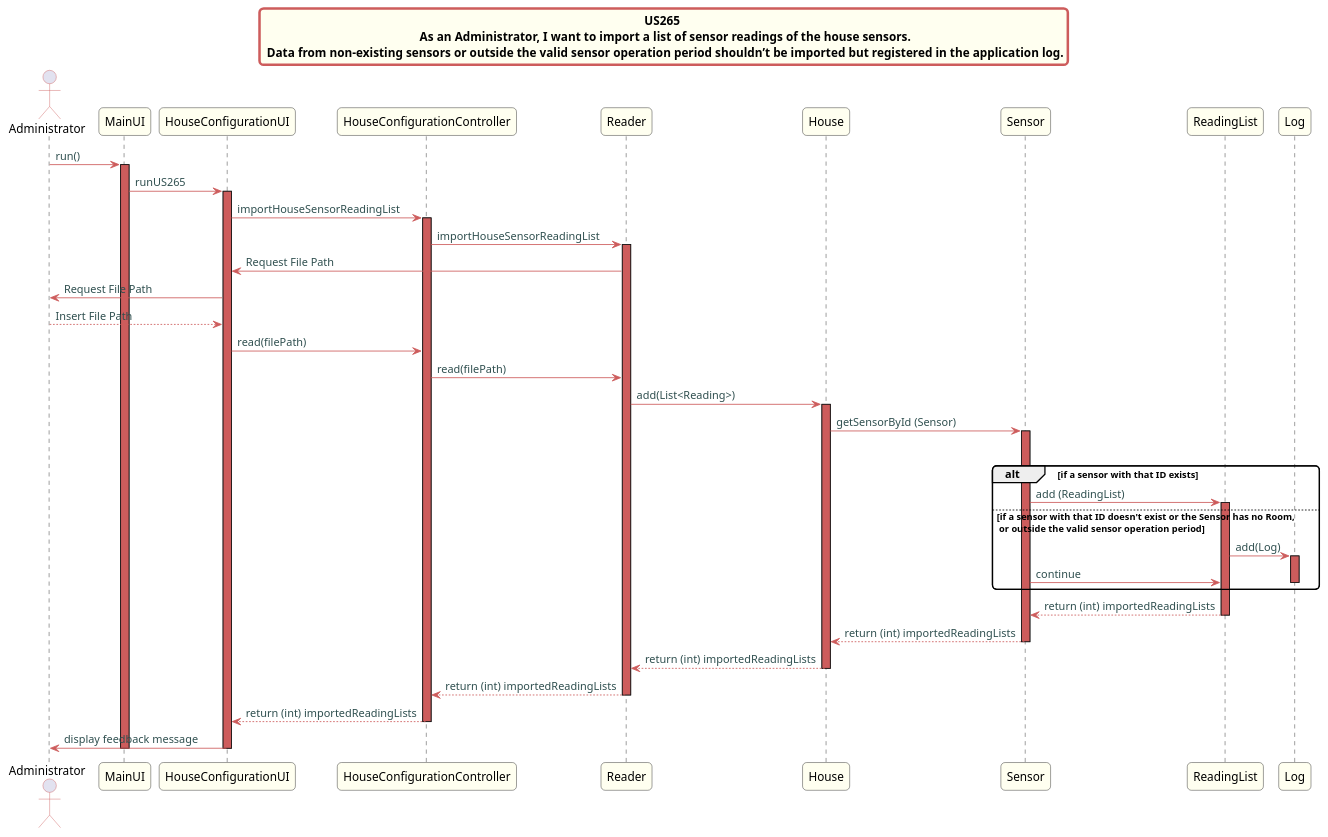
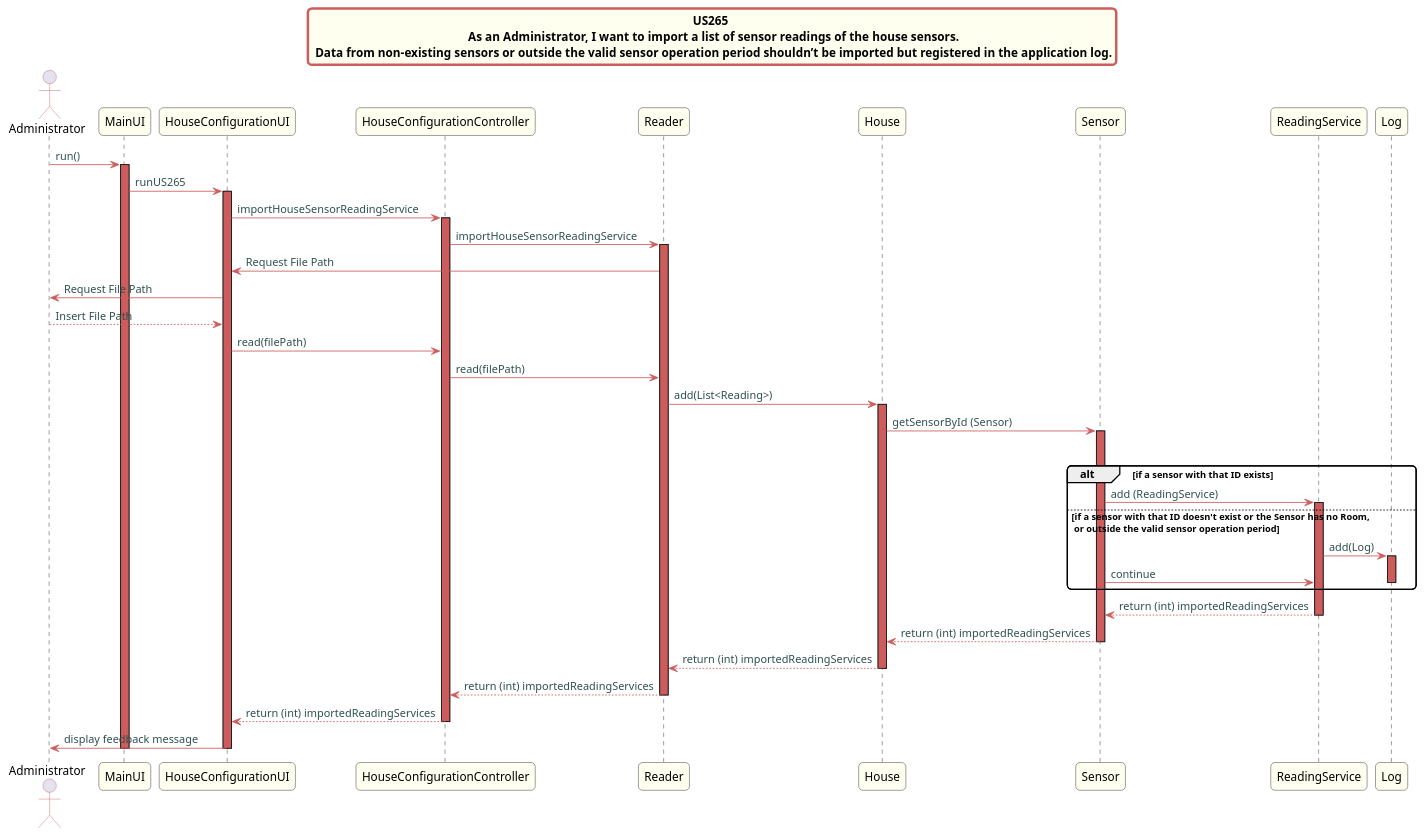
One commit to Almadanmp/project changed the diagram in src/doc/Controllers/HouseConfiguration/US265/US265_sd_HouseConfiguration.puml. Above: the diagram before and after it, drawn with PlantUML. The commit also changed 1 other file, not shown here.

Commit message:
REF #205 REF #234 Updated Sequence Diagram and created Class Diagram

```diff
--- a/src/doc/Controllers/HouseConfiguration/US265/US265_sd_HouseConfiguration.puml
+++ b/src/doc/Controllers/HouseConfiguration/US265/US265_sd_HouseConfiguration.puml
@@ -1,71 +1,71 @@
 @startuml
 
 skinparam titleBorderRoundCorner 10
 skinparam titleBorderThickness 3
 skinparam titleBorderColor indianred
 skinparam titleBackgroundColor ivory
 skinparam FontName quicksand
 
 skinparam actor {
   BorderColor indianred
   }
 
 skinparam sequence {
   LifeLineBackgroundColor indianred
   ParticipantBackgroundColor ivory
 }
 
 skinparam roundcorner 10
 
 skinparam component {
   arrowThickness 1
   ArrowFontName Verdana
   ArrowColor indianred
   ArrowFontColor darkslategrey
 }
 
 title US265 \n  As an Administrator, I want to import a list of sensor readings of the house sensors. \n Data from non-existing sensors or outside the valid sensor operation period shouldn’t be imported but registered in the application log.
 
 
 actor Administrator
 Administrator -> MainUI:run()
 activate MainUI
 MainUI -> HouseConfigurationUI: runUS265
 activate HouseConfigurationUI
-HouseConfigurationUI -> "HouseConfigurationController": importHouseSensorReadingList
+HouseConfigurationUI -> "HouseConfigurationController": importHouseSensorReadingService
 activate HouseConfigurationController
-HouseConfigurationController -> "Reader": importHouseSensorReadingList
+HouseConfigurationController -> "Reader": importHouseSensorReadingService
 activate Reader
 Reader -> HouseConfigurationUI: Request File Path
 HouseConfigurationUI -> Administrator: Request File Path
 Administrator --> HouseConfigurationUI: Insert File Path
 HouseConfigurationUI -> HouseConfigurationController: read(filePath)
 HouseConfigurationController -> "Reader": read(filePath)
 "Reader" -> "House": add(List<Reading>)
 activate House
 "House" -> "Sensor": getSensorById (Sensor)
 activate Sensor
 loop
 alt if a sensor with that ID exists
-"Sensor" -> "ReadingList": add (ReadingList)
-activate ReadingList
+"Sensor" -> "ReadingService": add (ReadingService)
+activate ReadingService
 else if a sensor with that ID doesn't exist or the Sensor has no Room, \n or outside the valid sensor operation period
-"ReadingList" -> "Log": add(Log)
+"ReadingService" -> "Log": add(Log)
 activate Log
-"Sensor" -> "ReadingList": continue
+"Sensor" -> "ReadingService": continue
 deactivate Log
 end
-"ReadingList" --> "Sensor": return (int) importedReadingLists
-deactivate ReadingList
-"Sensor" --> "House": return (int) importedReadingLists
+"ReadingService" --> "Sensor": return (int) importedReadingServices
+deactivate ReadingService
+"Sensor" --> "House": return (int) importedReadingServices
 deactivate Sensor
-"House" --> "Reader": return (int) importedReadingLists
+"House" --> "Reader": return (int) importedReadingServices
 deactivate House
-"Reader" --> "HouseConfigurationController": return (int) importedReadingLists
+"Reader" --> "HouseConfigurationController": return (int) importedReadingServices
 deactivate Reader
-HouseConfigurationController --> HouseConfigurationUI: return (int) importedReadingLists
+HouseConfigurationController --> HouseConfigurationUI: return (int) importedReadingServices
 deactivate HouseConfigurationController
 HouseConfigurationUI -> Administrator: display feedback message
 deactivate HouseConfigurationUI
 deactivate MainUI
 @enduml
```
